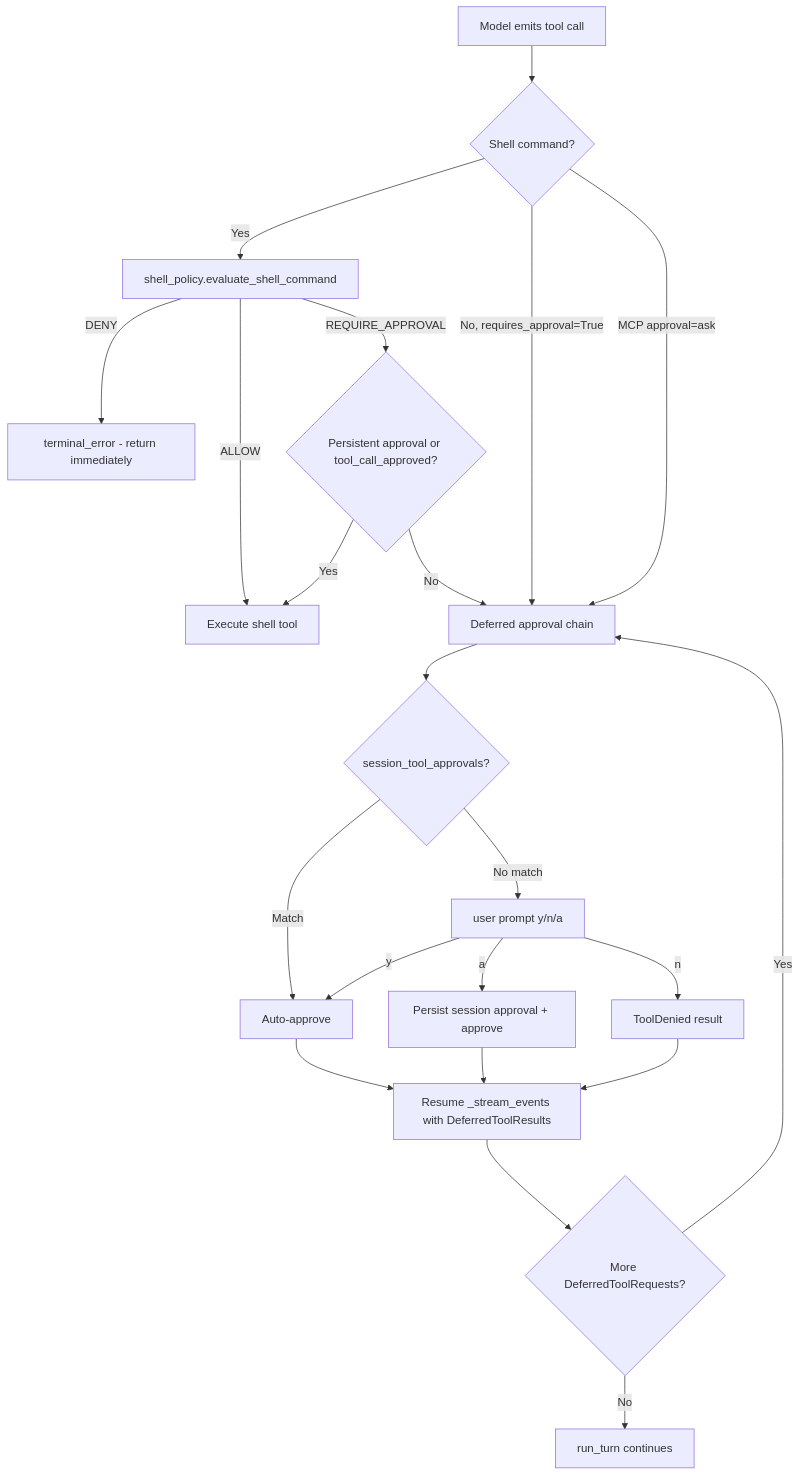
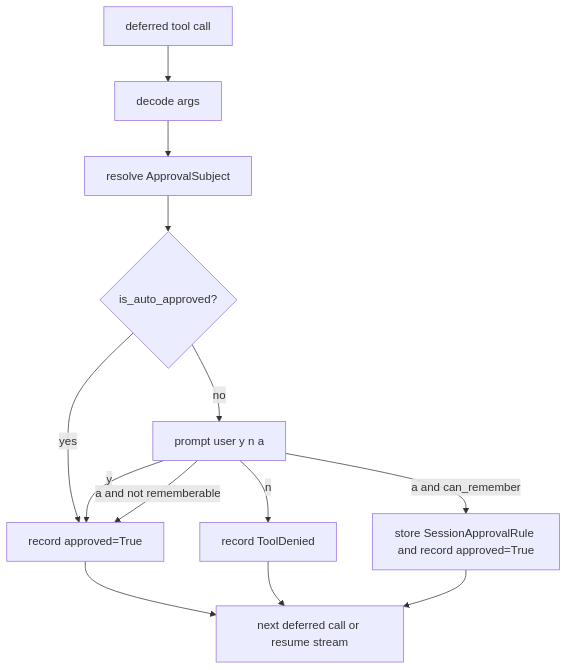
Before and after one commit to binlecode/co-cli: the fourth of 4 diagrams in docs/DESIGN-core-loop.md, drawn with Mermaid. The commit also changed other lines of this file and 57 other files, not shown here.

````diff
--- a/docs/DESIGN-core-loop.md
+++ b/docs/DESIGN-core-loop.md
@@ -156,24 +189,15 @@
 ```mermaid
 flowchart TD
-    A[Model emits tool call] --> B{Shell command?}
-    B -->|Yes| C[shell_policy.evaluate_shell_command]
-    C -->|DENY| D[terminal_error - return immediately]
-    C -->|ALLOW| E[Execute shell tool]
-    C -->|REQUIRE_APPROVAL| P{Persistent approval or tool_call_approved?}
-    P -->|Yes| E
-    P -->|No| F[Deferred approval chain]
-    B -->|No, requires_approval=True| F
-    B -->|MCP approval=ask| F
-    F --> I{session_tool_approvals?}
-    I -->|Match| H[Auto-approve]
-    I -->|No match| L[user prompt y/n/a]
-    L -->|y| H
-    L -->|a| M[Persist session approval + approve]
-    L -->|n| N[ToolDenied result]
-    H --> O[Resume _stream_events with DeferredToolResults]
-    M --> O
-    N --> O
-    O --> Q{More DeferredToolRequests?}
-    Q -->|Yes| F
-    Q -->|No| R[run_turn continues]
+    A[deferred tool call] --> B[decode args]
+    B --> C[resolve ApprovalSubject]
+    C --> D{is_auto_approved?}
+    D -->|yes| E[record approved=True]
+    D -->|no| F[prompt user y n a]
+    F -->|y| E
+    F -->|n| G[record ToolDenied]
+    F -->|a and can_remember| H[store SessionApprovalRule and record approved=True]
+    F -->|a and not rememberable| E
+    E --> I[next deferred call or resume stream]
+    G --> I
+    H --> I
 ```
````
